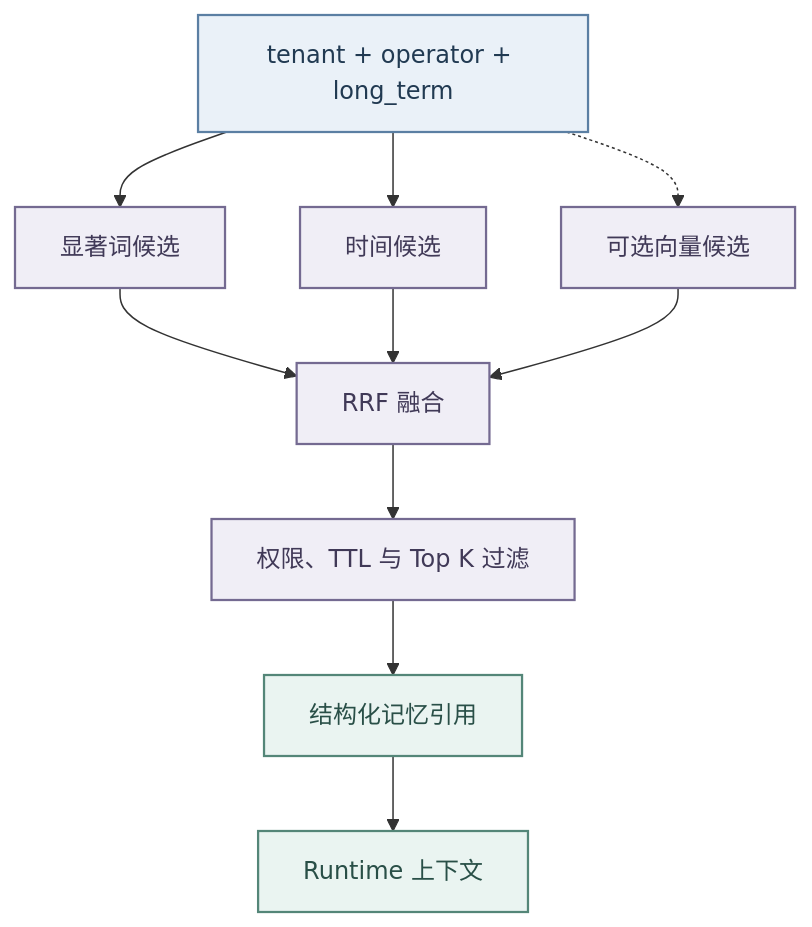
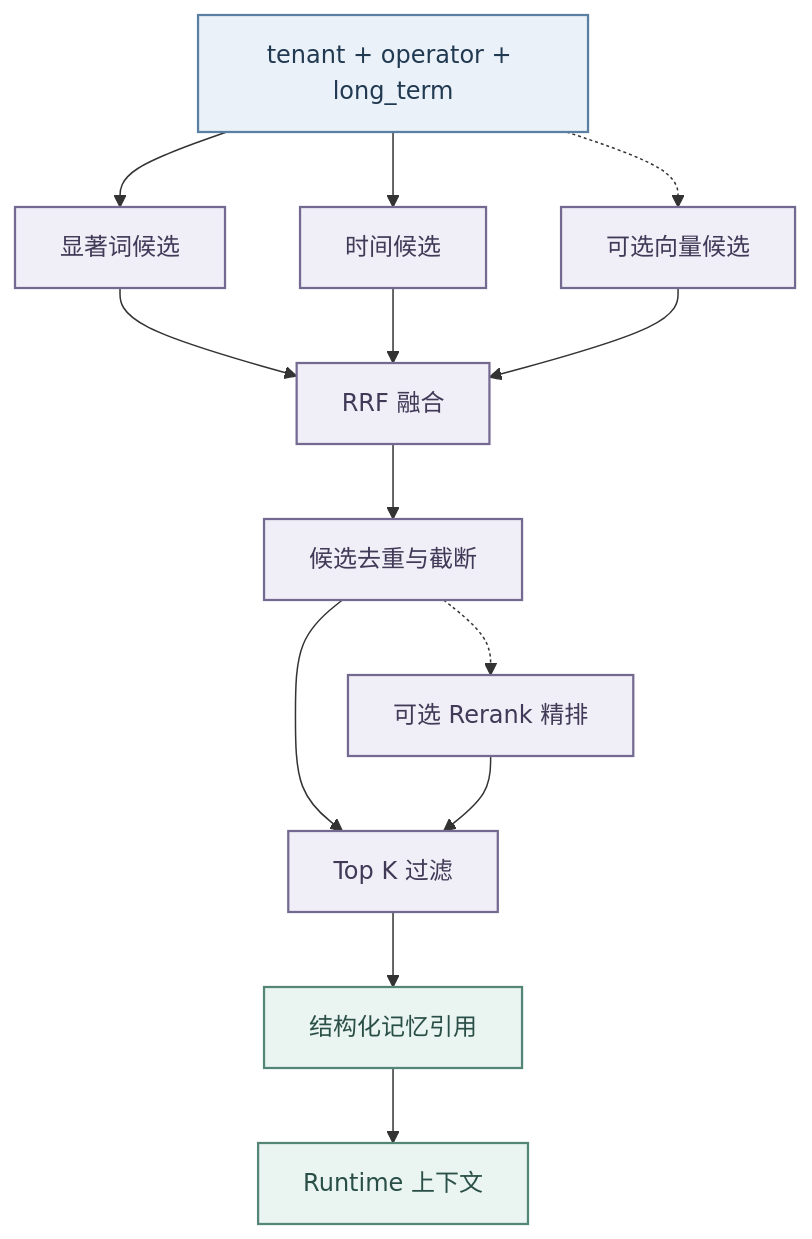
The diagram in agent-doc/核心能力/记忆管理与混合检索.md (Logistic98/job-buddy), drawn with Mermaid before and after one commit. The commit also changed other lines of this file and 18 other files, not shown here.

````diff
--- a/agent-doc/核心能力/记忆管理与混合检索.md
+++ b/agent-doc/核心能力/记忆管理与混合检索.md
@@ -34,19 +39,22 @@
 ```mermaid
 graph TD
     Q["tenant + operator + long_term"] --> C1[显著词候选]
     Q --> C2[时间候选]
     Q -.-> C3[可选向量候选]
     C1 --> R[RRF 融合]
     C2 --> R
     C3 --> R
-    R --> F["权限、TTL 与 Top K 过滤"]
+    R --> D[候选去重与截断]
+    D -.-> RR[可选 Rerank 精排]
+    D --> F[Top K 过滤]
+    RR --> F
     F --> X[结构化记忆引用]
     X --> CTX[Runtime 上下文]
 
     classDef input fill:#EAF1F8,stroke:#5B7FA3,color:#213A52,stroke-width:1.5px;
     classDef process fill:#F0EEF6,stroke:#746A91,color:#403957,stroke-width:1.5px;
     classDef output fill:#EAF4F1,stroke:#548678,color:#294F47,stroke-width:1.5px;
     class Q input;
-    class C1,C2,C3,R,F process;
+    class C1,C2,C3,R,D,RR,F process;
     class X,CTX output;
 ```
````
